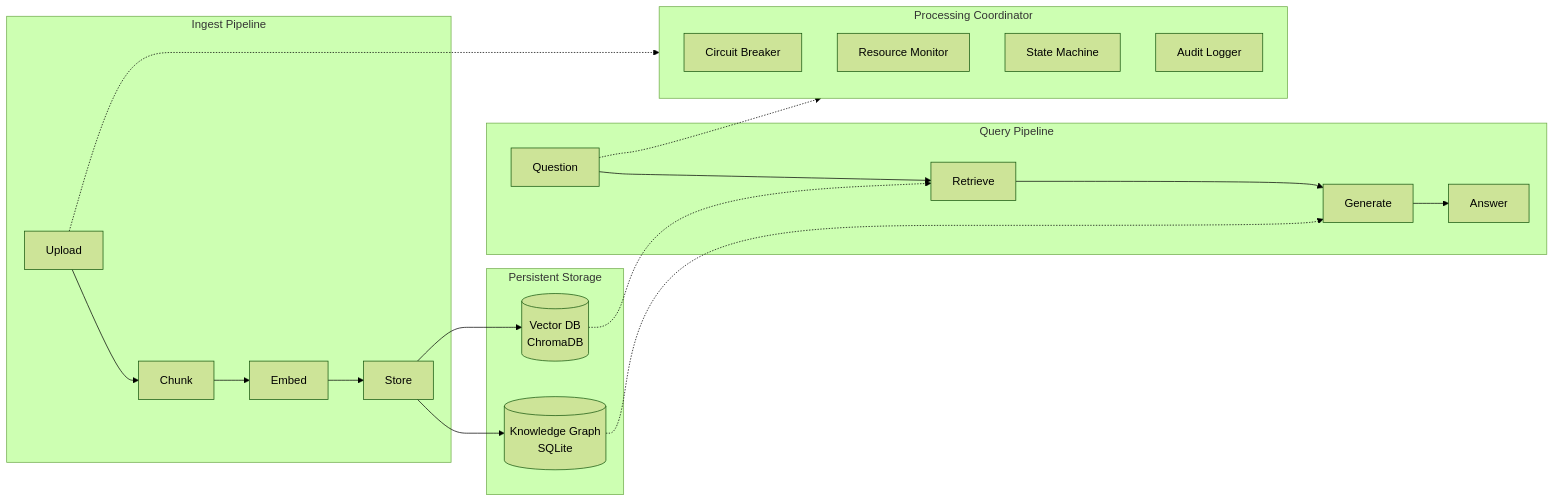
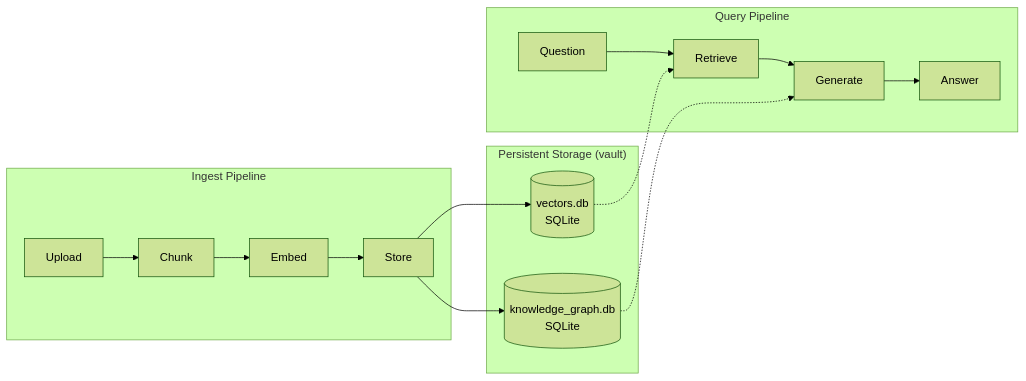
Before and after one commit to nrupala/aetheris: the diagram in docs/guides/rag-pipeline.md, drawn with Mermaid (forest theme). The commit also changed other lines of this file and 16 other files, not shown here.

````diff
--- a/docs/guides/rag-pipeline.md
+++ b/docs/guides/rag-pipeline.md
@@ -14,32 +21,22 @@
 ```mermaid
 graph LR
     subgraph Ingest["Ingest Pipeline"]
         U[Upload] --> C[Chunk]
         C --> E[Embed]
         E --> S[Store]
     end
-    
+
     subgraph Query["Query Pipeline"]
         Q[Question] --> R[Retrieve]
         R --> G[Generate]
         G --> A[Answer]
     end
-    
-    subgraph Storage["Persistent Storage"]
-        S --> VS[(Vector DB\nChromaDB)]
-        S --> KG[(Knowledge Graph\nSQLite)]
+
+    subgraph Storage["Persistent Storage (vault)"]
+        S --> VS[(vectors.db\nSQLite)]
+        S --> KG[(knowledge_graph.db\nSQLite)]
     end
-    
-    subgraph Governance["Processing Coordinator"]
-        CB[Circuit Breaker]
-        RM[Resource Monitor]
-        SM[State Machine]
-        AL[Audit Logger]
-    end
-    
+
     VS -.-> R
     KG -.-> G
-    
-    U -.-> Governance
-    Q -.-> Governance
 ```
````
